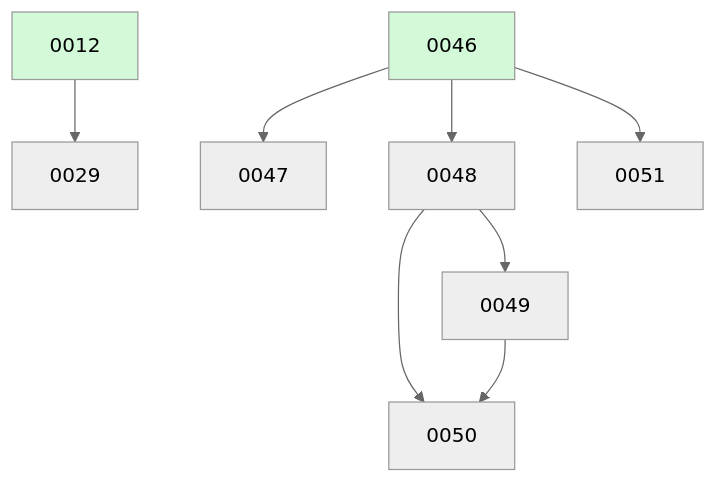
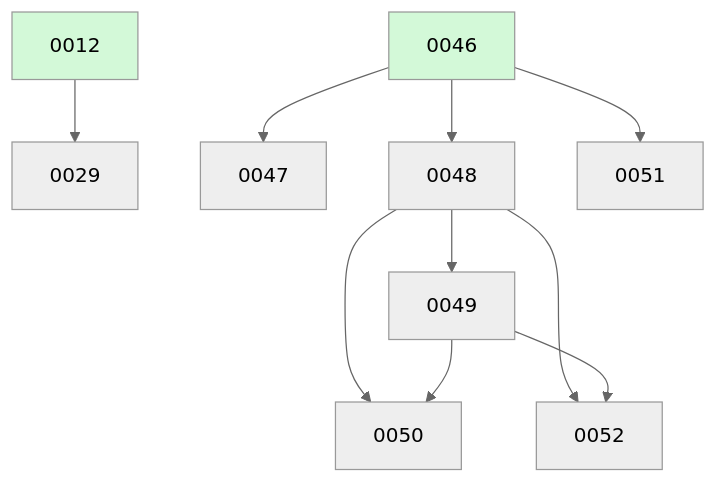
Before and after one commit to ethanhinson/fuse: the diagram in docs/changes/BOARD.md, drawn with Mermaid (neutral theme). The commit also changed other lines of this file, not shown here.

````diff
--- a/docs/changes/BOARD.md
+++ b/docs/changes/BOARD.md
@@ -26,13 +27,15 @@
 ```mermaid
 graph TD
   0012 --> 0029
   0046 --> 0047
   0046 --> 0048
   0048 --> 0049
   0048 --> 0050
   0049 --> 0050
   0046 --> 0051
+  0048 --> 0052
+  0049 --> 0052
   0012:::done
   0046:::done
   classDef done fill:#d3f9d8;
 ```
````
